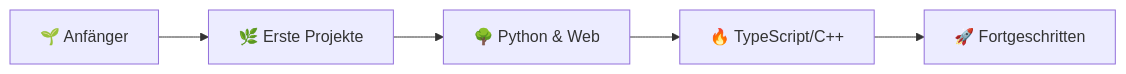
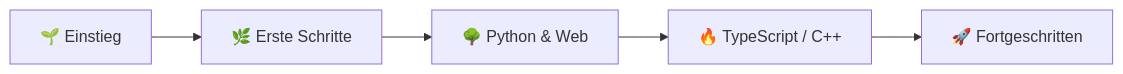
The diagram in README.md (fakej1nx1e/fakej1nx1e), drawn with Mermaid before and after one commit. The commit also changed other lines of this file, not shown here.

````diff
--- a/README.md
+++ b/README.md
@@ -95,7 +96,7 @@
 ```mermaid
 graph LR
-    A["🌱 Anfänger"] --> B["🌿 Erste Projekte"]
+    A["🌱 Einstieg"] --> B["🌿 Erste Schritte"]
     B --> C["🌳 Python & Web"]
-    C --> D["🔥 TypeScript/C++"]
+    C --> D["🔥 TypeScript / C++"]
     D --> E["🚀 Fortgeschritten"]
 ```
````
